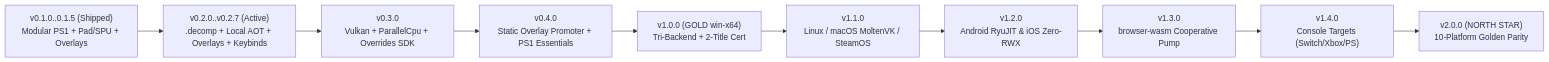
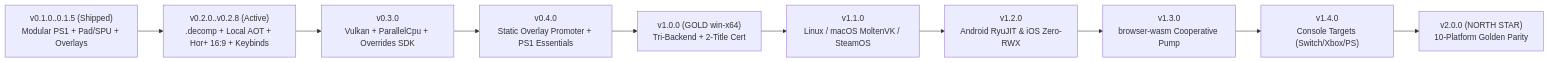
One commit to StreamItAllGit/reSlate changed the diagram in ROADMAP.md. Above: the diagram before and after it, drawn with Mermaid. The commit also changed other lines of this file and 46 other files, not shown here.

````diff
--- a/ROADMAP.md
+++ b/ROADMAP.md
@@ -34,12 +35,12 @@
 ```mermaid
 flowchart LR
-    V01["v0.1.0..0.1.5 (Shipped)\nModular PS1 + Pad/SPU + Overlays"] --> V02["v0.2.0..v0.2.7 (Active)\n.decomp + Local AOT + Overlays + Keybinds"]
+    V01["v0.1.0..0.1.5 (Shipped)\nModular PS1 + Pad/SPU + Overlays"] --> V02["v0.2.0..v0.2.8 (Active)\n.decomp + Local AOT + Hor+ 16:9 + Keybinds"]
     V02 --> V03["v0.3.0\nVulkan + ParallelCpu + Overrides SDK"]
     V03 --> V04["v0.4.0\nStatic Overlay Promoter + PS1 Essentials"]
     V04 --> V10["v1.0.0 (GOLD win-x64)\nTri-Backend + 2-Title Cert"]
     V10 --> V11["v1.1.0\nLinux / macOS MoltenVK / SteamOS"]
     V11 --> V12["v1.2.0\nAndroid RyuJIT & iOS Zero-RWX"]
     V12 --> V13["v1.3.0\nbrowser-wasm Cooperative Pump"]
     V13 --> V14["v1.4.0\nConsole Targets (Switch/Xbox/PS)"]
     V14 --> V20["v2.0.0 (NORTH STAR)\n10-Platform Golden Parity"]
 ```
````
